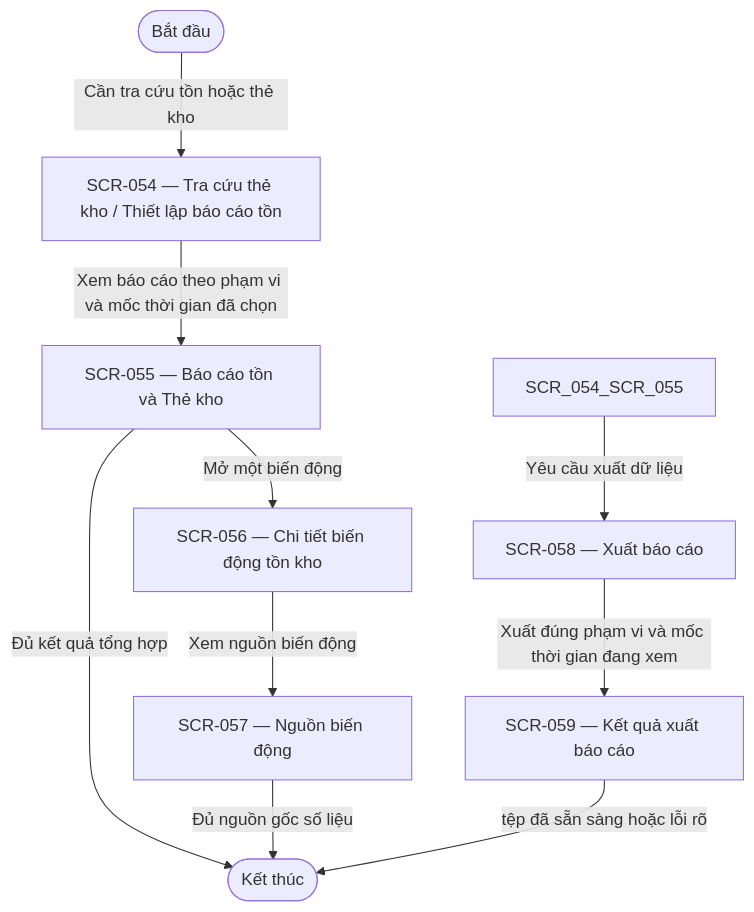
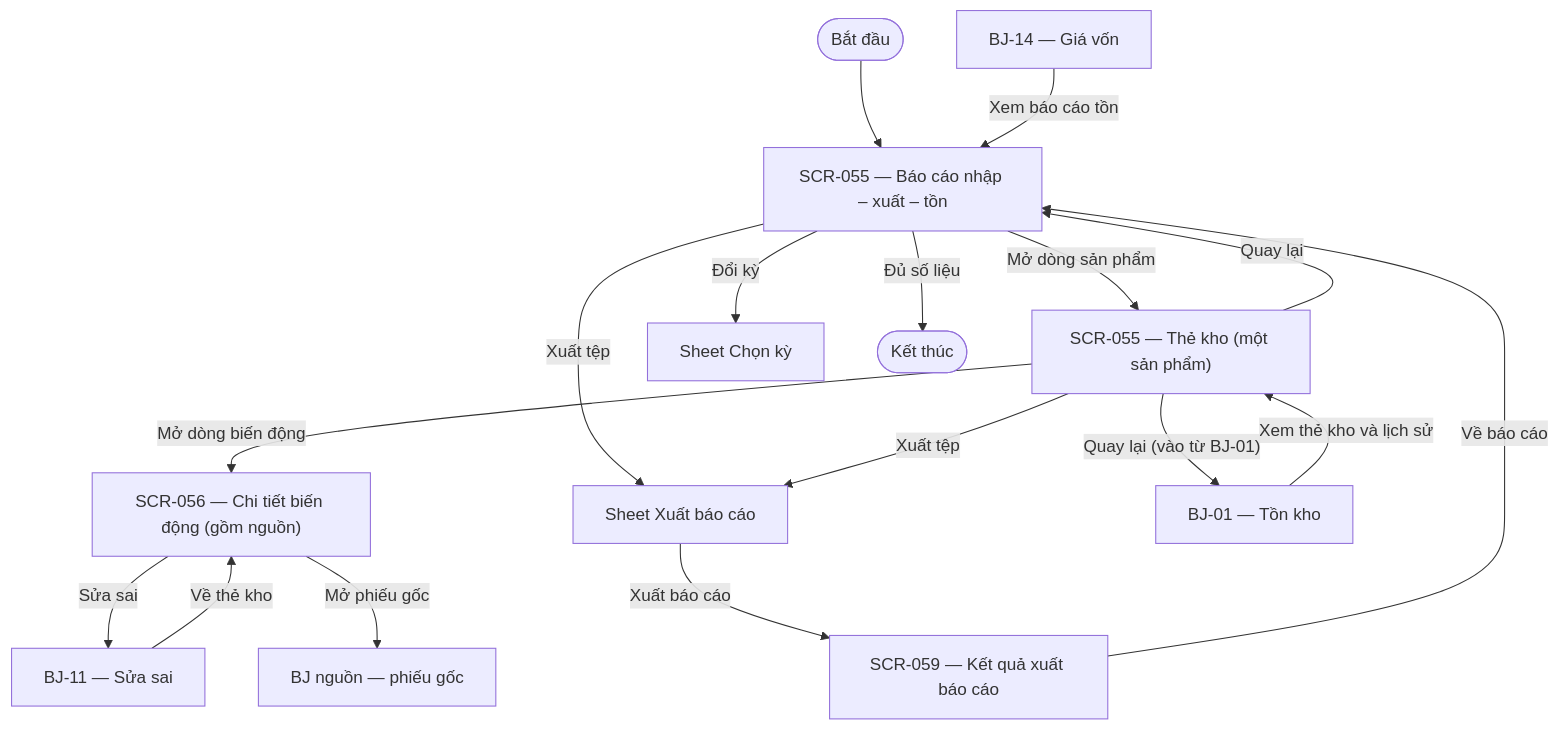
The diagram in specs/themes/theme-07/03.design/flows/UIF-15-BJ-15.md (DsChien102/erp-sales-inventory), drawn with Mermaid before and after one commit. The commit also changed other lines of this file and 44 other files, not shown here.

````diff
--- a/specs/themes/theme-07/03.design/flows/UIF-15-BJ-15.md
+++ b/specs/themes/theme-07/03.design/flows/UIF-15-BJ-15.md
@@ -39,20 +41,31 @@
 ```mermaid
 flowchart TD
     BEGIN(["Bắt đầu"])
-    SCR_054["SCR-054 — Tra cứu thẻ kho / Thiết lập báo cáo tồn"]
-    SCR_055["SCR-055 — Báo cáo tồn và Thẻ kho"]
-    SCR_056["SCR-056 — Chi tiết biến động tồn kho"]
-    SCR_057["SCR-057 — Nguồn biến động"]
-    SCR_058["SCR-058 — Xuất báo cáo"]
+    SCR_055R["SCR-055 — Báo cáo nhập – xuất – tồn"]
+    SCR_055C["SCR-055 — Thẻ kho (một sản phẩm)"]
+    SCR_056["SCR-056 — Chi tiết biến động (gồm nguồn)"]
+    SHEET_P["Sheet Chọn kỳ"]
+    SHEET_X["Sheet Xuất báo cáo"]
     SCR_059["SCR-059 — Kết quả xuất báo cáo"]
+    BJ_01["BJ-01 — Tồn kho"]
+    BJ_14["BJ-14 — Giá vốn"]
+    BJ_11["BJ-11 — Sửa sai"]
+    SRC["BJ nguồn — phiếu gốc"]
     END(["Kết thúc"])
-    BEGIN -->|"Cần tra cứu tồn hoặc thẻ kho"| SCR_054
-    SCR_054 -->|"Xem báo cáo theo phạm vi và mốc thời gian đã chọn"| SCR_055
-    SCR_055 -->|"Mở một biến động"| SCR_056
-    SCR_056 -->|"Xem nguồn biến động"| SCR_057
-    SCR_054_SCR_055 -->|"Yêu cầu xuất dữ liệu"| SCR_058
-    SCR_058 -->|"Xuất đúng phạm vi và mốc thời gian đang xem"| SCR_059
-    SCR_055 -->|"Đủ kết quả tổng hợp"| END
-    SCR_057 -->|"Đủ nguồn gốc số liệu"| END
-    SCR_059 -->|"tệp đã sẵn sàng hoặc lỗi rõ"| END
+    BEGIN --> SCR_055R
+    BJ_14 -->|"Xem báo cáo tồn"| SCR_055R
+    BJ_01 -->|"Xem thẻ kho và lịch sử"| SCR_055C
+    SCR_055R -->|"Đổi kỳ"| SHEET_P
+    SCR_055R -->|"Mở dòng sản phẩm"| SCR_055C
+    SCR_055C -->|"Quay lại"| SCR_055R
+    SCR_055C -->|"Quay lại (vào từ BJ-01)"| BJ_01
+    SCR_055C -->|"Mở dòng biến động"| SCR_056
+    SCR_056 -->|"Sửa sai"| BJ_11
+    BJ_11 -->|"Về thẻ kho"| SCR_056
+    SCR_056 -->|"Mở phiếu gốc"| SRC
+    SCR_055R -->|"Xuất tệp"| SHEET_X
+    SCR_055C -->|"Xuất tệp"| SHEET_X
+    SHEET_X -->|"Xuất báo cáo"| SCR_059
+    SCR_059 -->|"Về báo cáo"| SCR_055R
+    SCR_055R -->|"Đủ số liệu"| END
 ```
````
